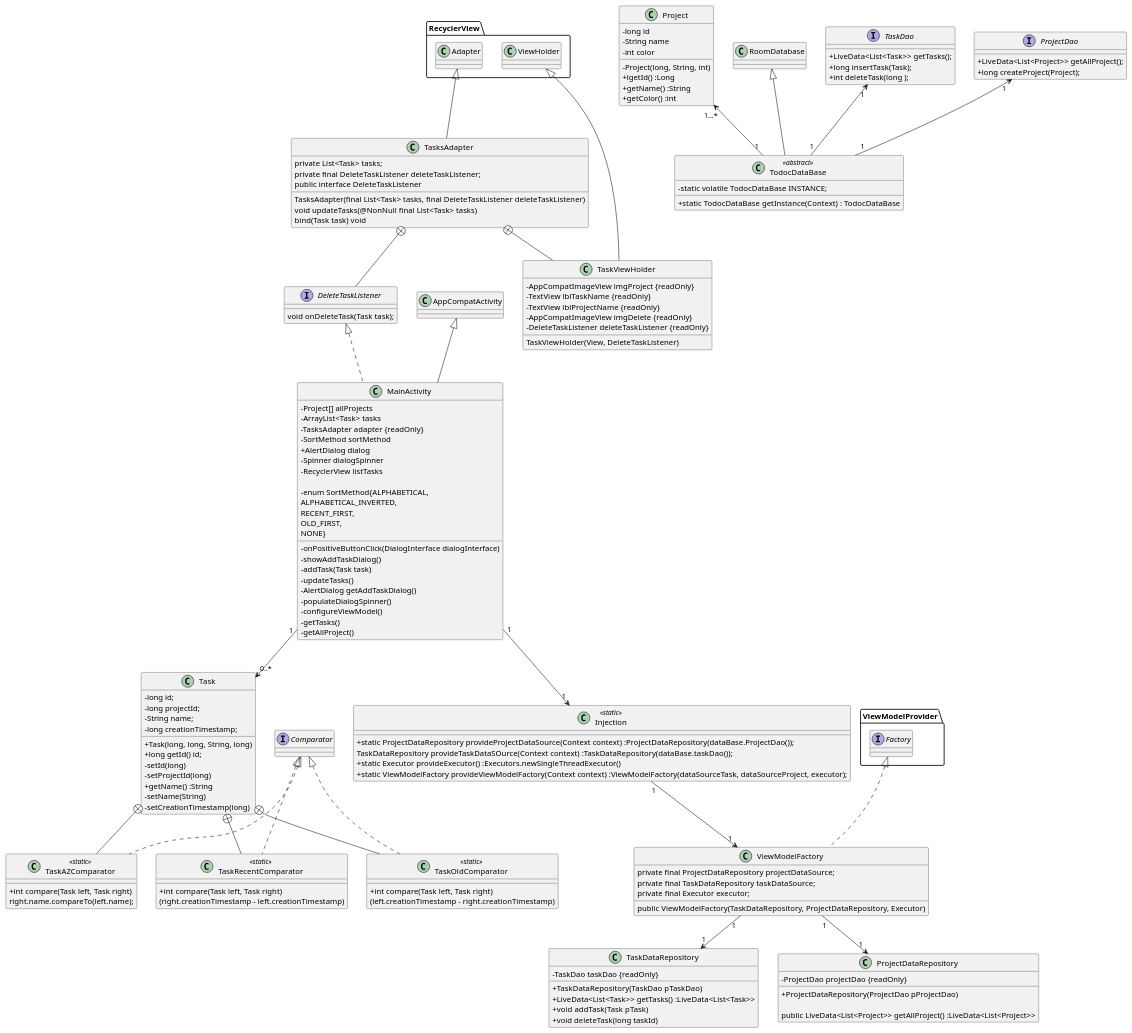
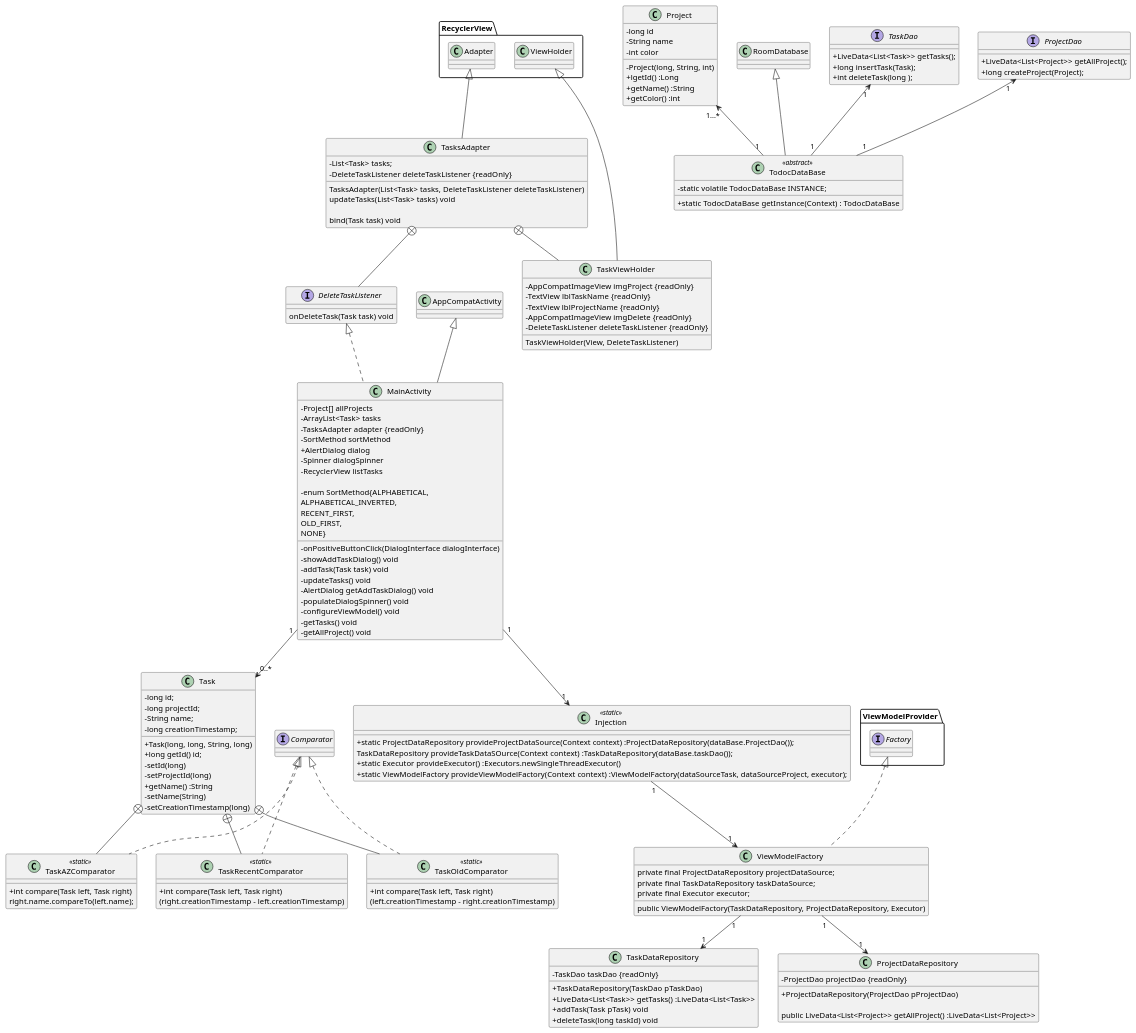
One commit to rGreenData/todoc-master- changed the diagram in app/Class_diagram.puml. Above: the diagram before and after it, drawn with PlantUML. The commit also changed 5 other files, not shown here.

Commit message:
Starting of use cases diagram

```diff
--- a/app/Class_diagram.puml
+++ b/app/Class_diagram.puml
@@ -1,162 +1,162 @@
 @startuml
 skinparam classAttributeIconSize 0
 
 class MainActivity extends AppCompatActivity implements DeleteTaskListener {
 
     - Project[] allProjects
     - ArrayList<Task> tasks
     - TasksAdapter adapter {readOnly}
     - SortMethod sortMethod
     + AlertDialog dialog
     - Spinner dialogSpinner
     - RecyclerView listTasks
 
     - onPositiveButtonClick(DialogInterface dialogInterface)
-    - showAddTaskDialog()
-    - addTask(Task task)
-    - updateTasks()
-    - AlertDialog getAddTaskDialog()
-    - populateDialogSpinner()
+    - showAddTaskDialog() void
+    - addTask(Task task) void
+    - updateTasks() void
+    - AlertDialog getAddTaskDialog() void
+    - populateDialogSpinner() void
     - enum SortMethod{ALPHABETICAL,
                               ALPHABETICAL_INVERTED,
                               RECENT_FIRST,
                               OLD_FIRST,
                               NONE}
-    - configureViewModel()
-    - getTasks()
-    - getAllProject()
+    - configureViewModel() void
+    - getTasks() void
+    - getAllProject() void
 }
 MainActivity "1" -down-> "0..*" Task
 MainActivity "1" -down-> "1" Injection
 
 class Task {
     - long id;
     - long projectId;
     - String name;
     - long creationTimestamp;
 
     + Task(long, long, String, long)
     + long getId() id;
     - setId(long)
     - setProjectId(long)
     + getName() :String
     - setName(String)
     - setCreationTimestamp(long)
 }
 
  class TaskAZComparator <<static>> implements Comparator {
         + int compare(Task left, Task right)
         right.name.compareTo(left.name);
 
     }
 
 class TaskRecentComparator <<static>> implements Comparator {
         + int compare(Task left, Task right)
            (right.creationTimestamp - left.creationTimestamp)
 
     }
 
  class TaskOldComparator <<static>> implements Comparator{
         + int compare(Task left, Task right)
             (left.creationTimestamp - right.creationTimestamp)
 
     }
 
 class Project {
     -long id
     -String name
     -int color
 
     -Project(long, String, int)
     +lgetId() :Long
     +getName() :String
-    + getColor() :int
+    +getColor() :int
     }
 
 class TasksAdapter extends RecyclerView.Adapter{
-    private List<Task> tasks;
-    private final DeleteTaskListener deleteTaskListener;
-    TasksAdapter(final List<Task> tasks, final DeleteTaskListener deleteTaskListener)
-    void updateTasks(@NonNull final List<Task> tasks)
-    public interface DeleteTaskListener
+    -List<Task> tasks;
+    -DeleteTaskListener deleteTaskListener {readOnly}
+    TasksAdapter(List<Task> tasks, DeleteTaskListener deleteTaskListener)
+    updateTasks(List<Task> tasks) void
+
     bind(Task task) void
+}
+
+interface DeleteTaskListener{
+onDeleteTask(Task task) void
 }
 
 class TaskViewHolder extends RecyclerView.ViewHolder {
         - AppCompatImageView imgProject {readOnly}
         - TextView lblTaskName {readOnly}
         - TextView lblProjectName {readOnly}
         - AppCompatImageView imgDelete {readOnly}
         - DeleteTaskListener deleteTaskListener {readOnly}
           TaskViewHolder(View, DeleteTaskListener)
     }
 
-interface DeleteTaskListener {
-            void onDeleteTask(Task task);
-        }
-
 class TodocDataBase <<abstract>> extends RoomDatabase {
         -static volatile TodocDataBase INSTANCE;
-        + static TodocDataBase getInstance(Context) : TodocDataBase
+        +static TodocDataBase getInstance(Context) : TodocDataBase
     }
 TaskDao "1" <-down- "1" TodocDataBase
 ProjectDao "1" <-down- "1" TodocDataBase
 Project "1...*" <-down- "1" TodocDataBase
 
 interface TaskDao {
     +LiveData<List<Task>> getTasks();
     +long insertTask(Task);
     +int deleteTask(long );
 }
 
 
 interface ProjectDao {
    +LiveData<List<Project>> getAllProject();
    +long createProject(Project);
 }
 
 class ViewModelFactory implements ViewModelProvider.Factory {
 
     private final ProjectDataRepository projectDataSource;
     private final TaskDataRepository taskDataSource;
     private final Executor executor;
 
     public ViewModelFactory(TaskDataRepository, ProjectDataRepository, Executor)
     }
 Injection "1" -down-> "1" ViewModelFactory
 ViewModelFactory "1" -down-> "1" TaskDataRepository
 ViewModelFactory "1" -down-> "1" ProjectDataRepository
 
 class Injection <<static>> {
 +static ProjectDataRepository provideProjectDataSource(Context context) :ProjectDataRepository(dataBase.ProjectDao());
 TaskDataRepository provideTaskDataSOurce(Context context) :TaskDataRepository(dataBase.taskDao());
 +static Executor provideExecutor() :Executors.newSingleThreadExecutor()
 +static ViewModelFactory provideViewModelFactory(Context context) :ViewModelFactory(dataSourceTask, dataSourceProject, executor);
 }
 
 
 class ProjectDataRepository {
     -ProjectDao projectDao {readOnly}
     +ProjectDataRepository(ProjectDao pProjectDao)
 
     public LiveData<List<Project>> getAllProject() :LiveData<List<Project>>
 
 }
 
 
 class TaskDataRepository {
     -TaskDao taskDao {readOnly}
 
     +TaskDataRepository(TaskDao pTaskDao)
     +LiveData<List<Task>> getTasks() :LiveData<List<Task>>
-    +void addTask(Task pTask)
-    +void deleteTask(long taskId)
+    +addTask(Task pTask) void
+    +deleteTask(long taskId) void
 }
 
 
 TasksAdapter +-- DeleteTaskListener
 TasksAdapter +-- TaskViewHolder
 Task +-- TaskAZComparator
 Task +-- TaskRecentComparator
-Task +-- TaskOldComparator
+Task +-d- TaskOldComparator
 @enduml
```
